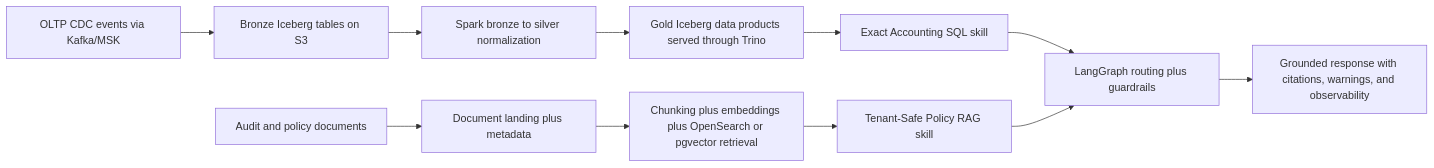
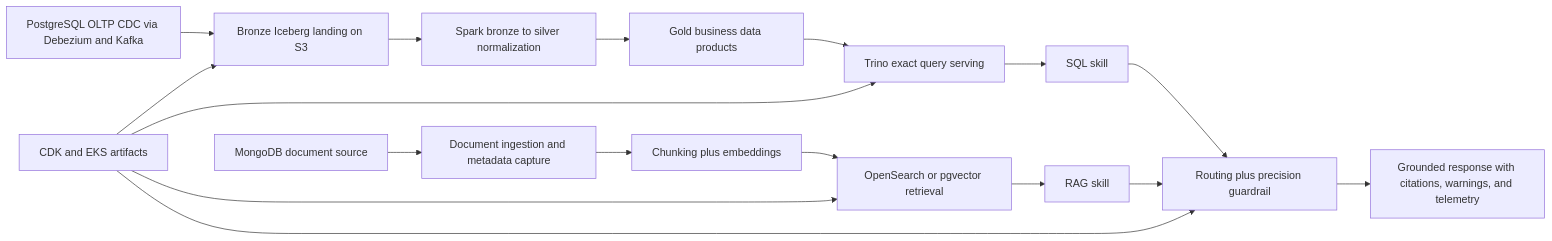
Before and after one commit to eduardoto99-coder/caseware-ai-ready-data-platform-poc: the diagram in README.md, drawn with Mermaid. The commit also changed other lines of this file and 20 other files, not shown here.

````diff
--- a/README.md
+++ b/README.md
@@ -22,13 +30,19 @@
 ```mermaid
 flowchart LR
-    A["OLTP CDC events via Kafka/MSK"] --> B["Bronze Iceberg tables on S3"]
-    D["Audit and policy documents"] --> E["Document landing plus metadata"]
+    A["PostgreSQL OLTP CDC via Debezium and Kafka"] --> B["Bronze Iceberg landing on S3"]
+    D["MongoDB document source"] --> E["Document ingestion and metadata capture"]
     B --> C["Spark bronze to silver normalization"]
-    C --> F["Gold Iceberg data products served through Trino"]
-    E --> G["Chunking plus embeddings plus OpenSearch or pgvector retrieval"]
-    F --> H["Exact Accounting SQL skill"]
-    G --> I["Tenant-Safe Policy RAG skill"]
-    H --> J["LangGraph routing plus guardrails"]
-    I --> J
-    J --> K["Grounded response with citations, warnings, and observability"]
+    C --> F["Gold business data products"]
+    F --> G["Trino exact query serving"]
+    E --> H["Chunking plus embeddings"]
+    H --> I["OpenSearch or pgvector retrieval"]
+    G --> J["SQL skill"]
+    I --> K["RAG skill"]
+    J --> L["Routing plus precision guardrail"]
+    K --> L
+    L --> M["Grounded response with citations, warnings, and telemetry"]
+    N["CDK and EKS artifacts"] --> B
+    N --> G
+    N --> I
+    N --> L
 ```
````
